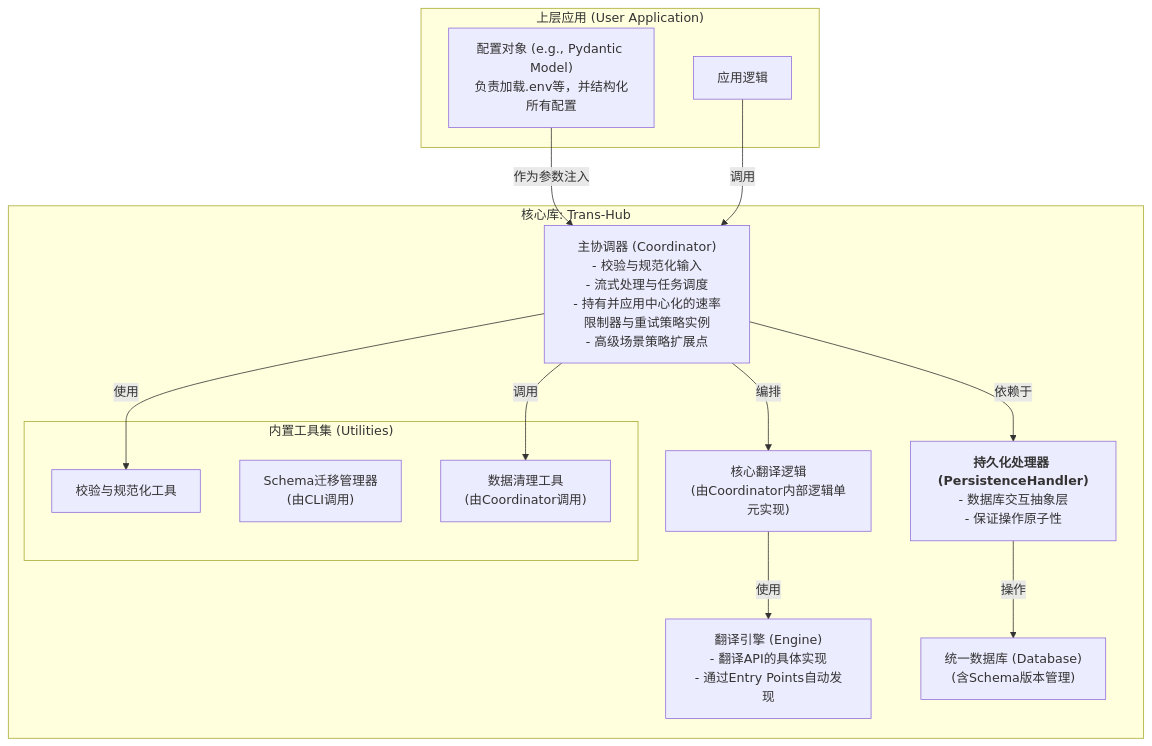
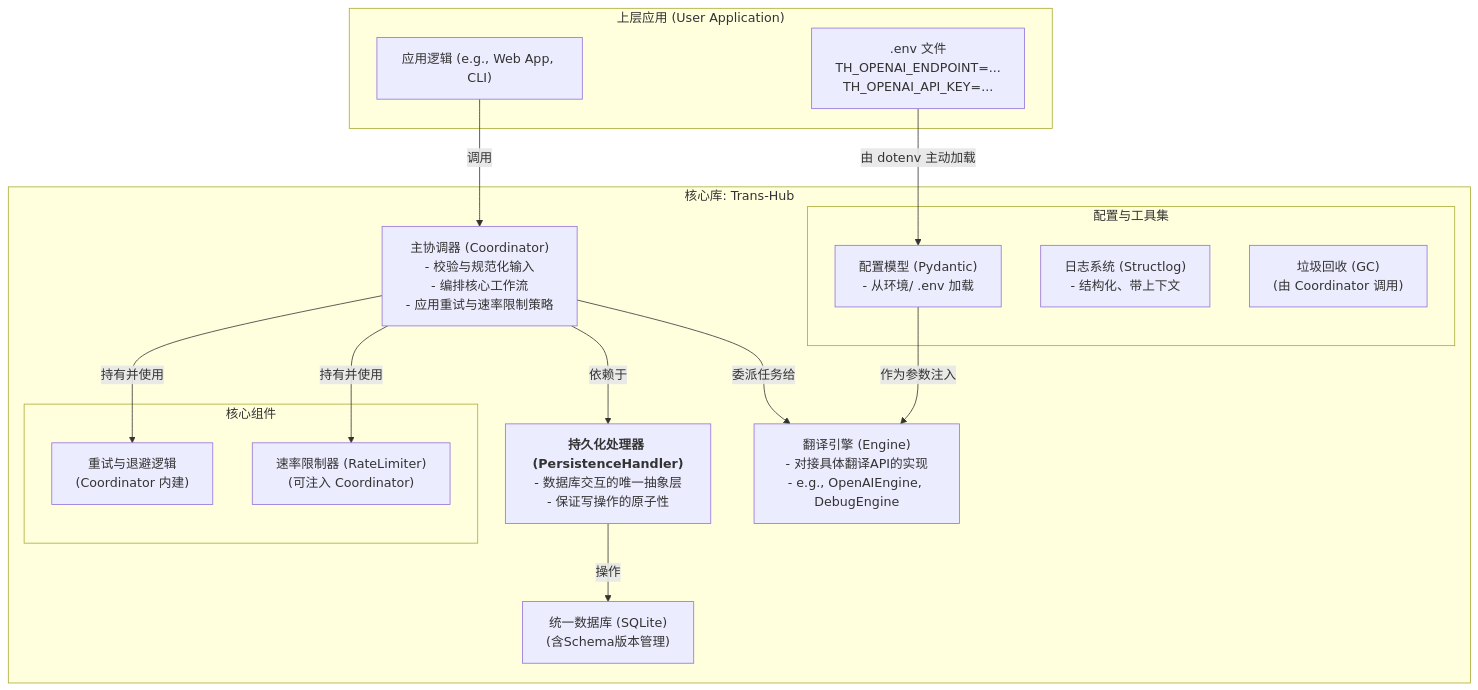
Before and after one commit to SakenW/Trans-Hub: the first of 2 diagrams in docs/trans-hub-core-design.md, drawn with Mermaid. The commit also changed other lines of this file and 3 other files, not shown here.

````diff
--- a/docs/trans-hub-core-design.md
+++ b/docs/trans-hub-core-design.md
@@ -48,30 +47,33 @@
 ```mermaid
 graph TD
     subgraph "上层应用 (User Application)"
-        A["应用逻辑"]
-        G["配置对象 (e.g., Pydantic Model)\n负责加载.env等，并结构化所有配置"]
+        A["应用逻辑 (e.g., Web App, CLI)"]
+        G[".env 文件\nTH_OPENAI_ENDPOINT=...\nTH_OPENAI_API_KEY=..."]
     end
 
     subgraph "核心库: Trans-Hub"
-        B["主协调器 (Coordinator)\n- 校验与规范化输入\n- 流式处理与任务调度\n- 持有并应用中心化的速率限制器与重试策略实例\n- 高级场景策略扩展点"]
-        C["核心翻译逻辑\n(由Coordinator内部逻辑单元实现)"]
-        D["<b>持久化处理器 (PersistenceHandler)</b>\n- 数据库交互抽象层\n- 保证操作原子性"]
-        E["翻译引擎 (Engine)\n- 翻译API的具体实现\n- 通过Entry Points自动发现"]
-        F["统一数据库 (Database)\n(含Schema版本管理)"]
+        B["主协调器 (Coordinator)\n- 校验与规范化输入\n- 编排核心工作流\n- 应用重试与速率限制策略"]
+        D["<b>持久化处理器 (PersistenceHandler)</b>\n- 数据库交互的唯一抽象层\n- 保证写操作的原子性"]
+        E["翻译引擎 (Engine)\n- 对接具体翻译API的实现\n- e.g., OpenAIEngine, DebugEngine"]
+        F["统一数据库 (SQLite)\n(含Schema版本管理)"]
         
-        subgraph "内置工具集 (Utilities)"
-            U1[校验与规范化工具]
-            U2["Schema迁移管理器\n(由CLI调用)"]
-            U3["数据清理工具\n(由Coordinator调用)"]
+        subgraph "核心组件"
+            C1["重试与退避逻辑\n(Coordinator 内建)"]
+            C2["速率限制器 (RateLimiter)\n(可注入 Coordinator)"]
+        end
+        
+        subgraph "配置与工具集"
+            U1["配置模型 (Pydantic)\n- 从环境/ .env 加载"]
+            U2["日志系统 (Structlog)\n- 结构化、带上下文"]
+            U3["垃圾回收 (GC)\n(由 Coordinator 调用)"]
         end
     end
     
-    G -- "作为参数注入" --> B
+    G -- "由 dotenv 主动加载" --> U1
+    U1 -- "作为参数注入" --> E
     A -- "调用" --> B
-    B -- "使用" --> U1
-    B -- "调用" --> U3
+    B -- "持有并使用" --> C1 & C2
     B -- "依赖于" --> D
-    B -- "编排" --> C
-    C -- "使用" --> E
+    B -- "委派任务给" --> E
     D -- "操作" --> F
 ```
````
